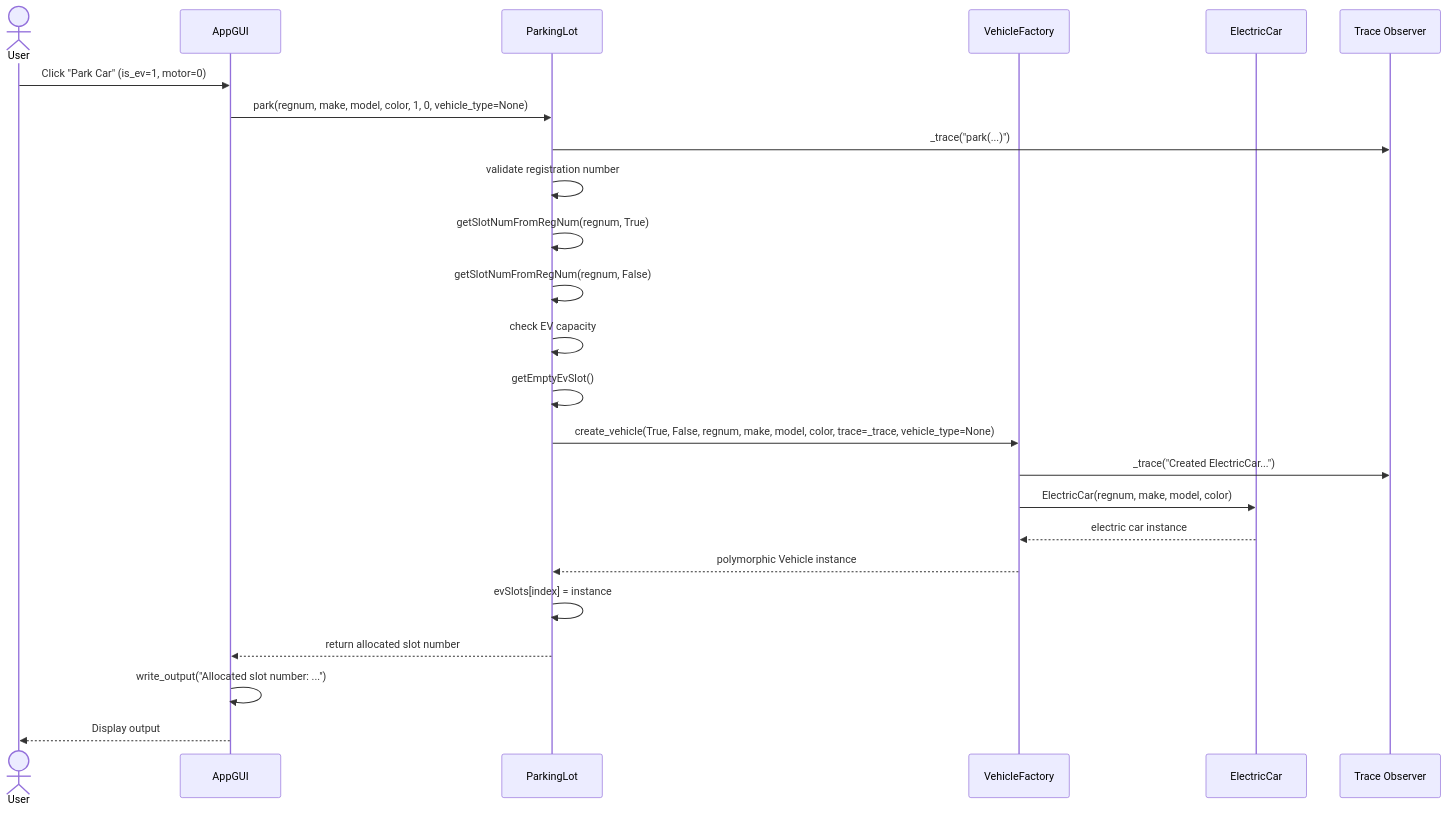
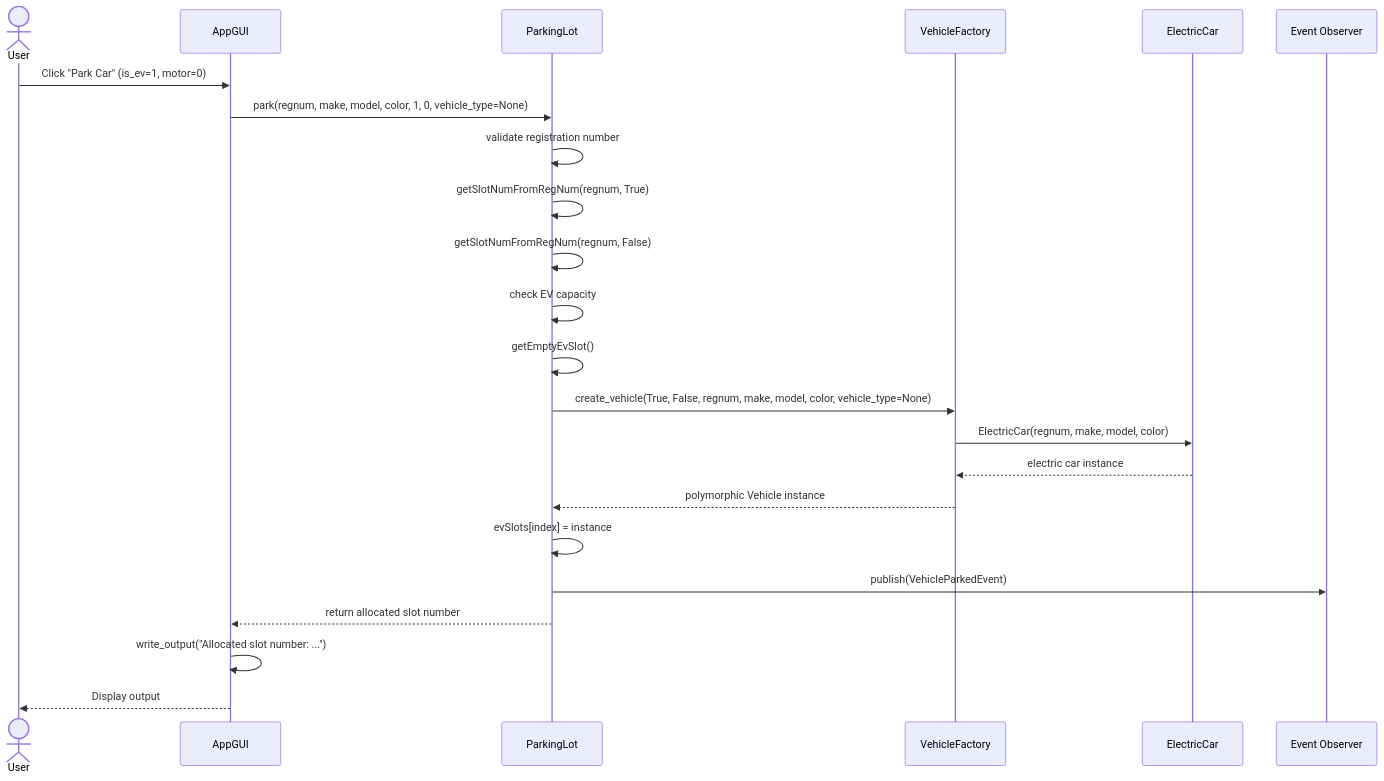
The fourth of 4 diagrams in project_3_software_design/docs/implementations/11_UML_Diagrams.md (phuocnguyen90/msse), drawn with Mermaid before and after one commit. The commit also changed other lines of this file and 12 other files, not shown here.

Commit message:
Project 3: add event-driven architecture and strategy pattern

````diff
--- a/project_3_software_design/docs/implementations/11_UML_Diagrams.md
+++ b/project_3_software_design/docs/implementations/11_UML_Diagrams.md
@@ -225,27 +255,26 @@
 ```mermaid
 sequenceDiagram
     actor User
     participant GUI as AppGUI
     participant PL as ParkingLot
     participant VF as VehicleFactory
     participant EC as ElectricCar
-    participant Trace as Trace Observer
+    participant EventBus as Event Observer
 
     User->>GUI: Click "Park Car" (is_ev=1, motor=0)
     GUI->>PL: park(regnum, make, model, color, 1, 0, vehicle_type=None)
-    PL->>Trace: _trace("park(...)")
     PL->>PL: validate registration number
     PL->>PL: getSlotNumFromRegNum(regnum, True)
     PL->>PL: getSlotNumFromRegNum(regnum, False)
     PL->>PL: check EV capacity
     PL->>PL: getEmptyEvSlot()
-    PL->>VF: create_vehicle(True, False, regnum, make, model, color, trace=_trace, vehicle_type=None)
-    VF->>Trace: _trace("Created ElectricCar...")
+    PL->>VF: create_vehicle(True, False, regnum, make, model, color, vehicle_type=None)
     VF->>EC: ElectricCar(regnum, make, model, color)
     EC-->>VF: electric car instance
     VF-->>PL: polymorphic Vehicle instance
     PL->>PL: evSlots[index] = instance
+    PL->>EventBus: publish(VehicleParkedEvent)
     PL-->>GUI: return allocated slot number
     GUI->>GUI: write_output("Allocated slot number: ...")
     GUI-->>User: Display output
 ```
````
